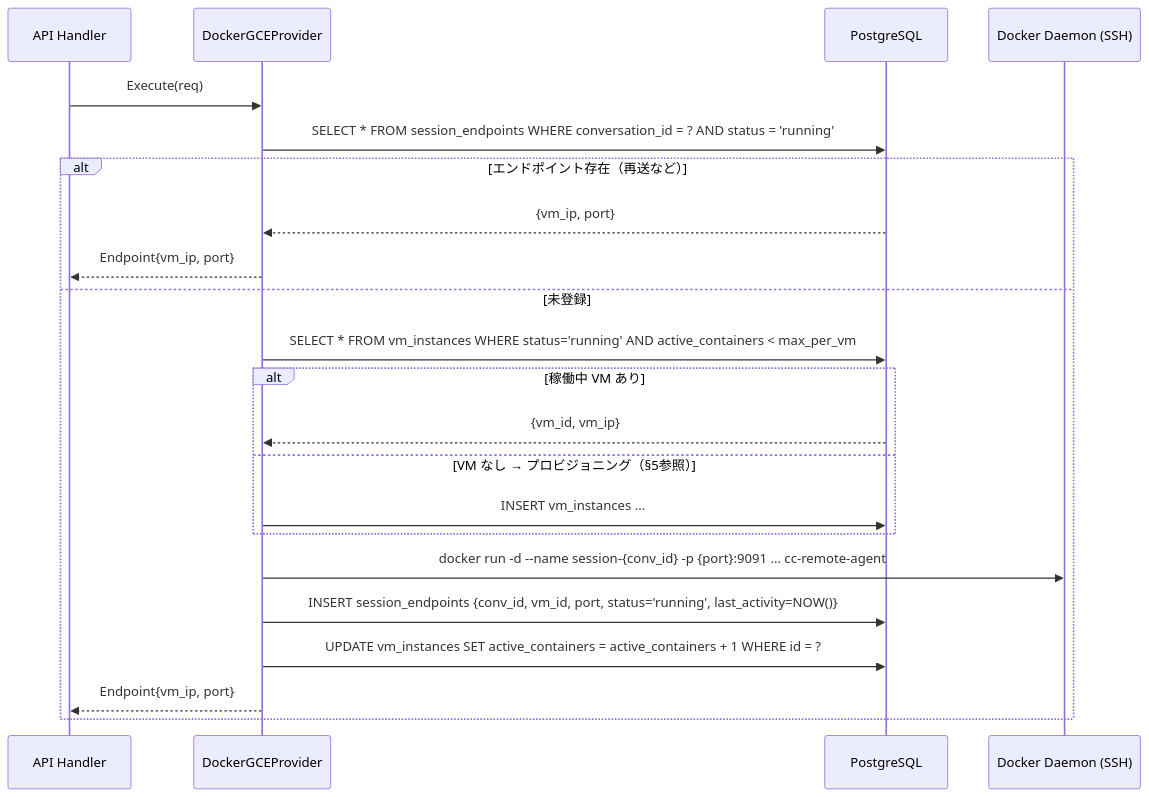
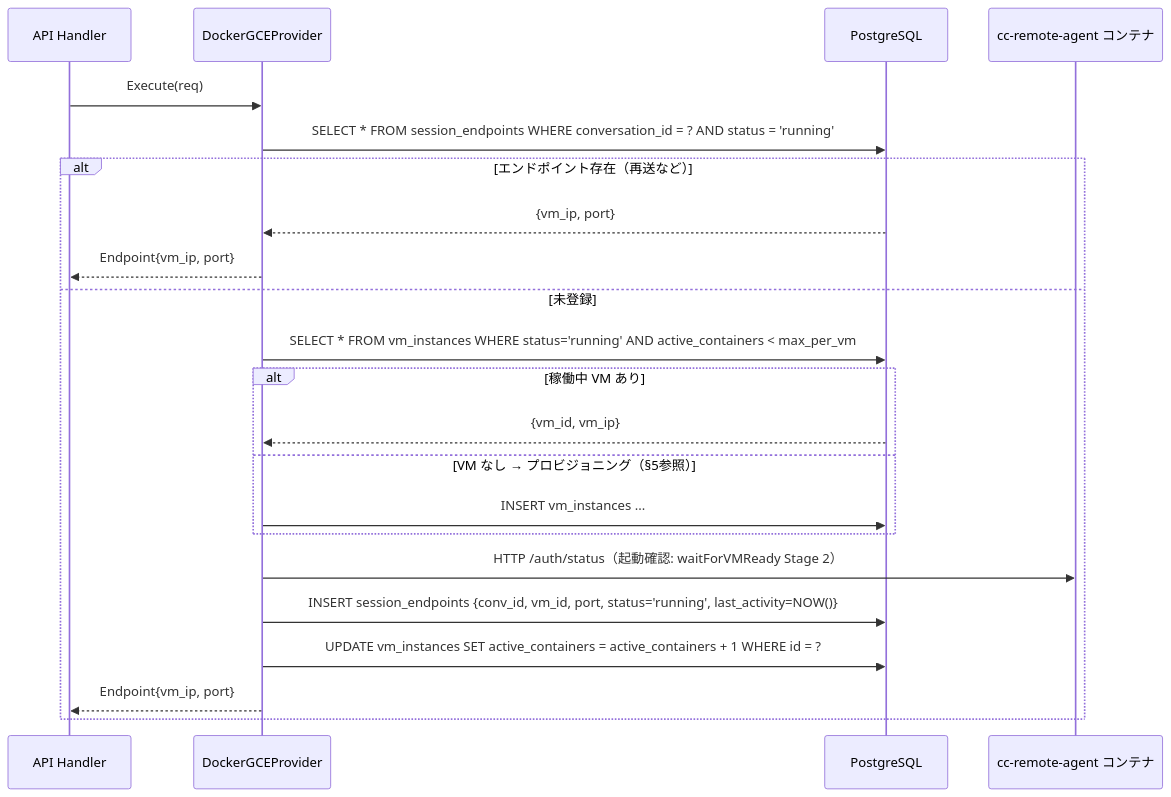
The diagram in docs/docker-gce-design.md (pollenjp/cc-tunnel), drawn with Mermaid before and after one commit. The commit also changed other lines of this file and 23 other files, not shown here.

````diff
--- a/docs/docker-gce-design.md
+++ b/docs/docker-gce-design.md
@@ -360,26 +359,26 @@
 ```mermaid
 sequenceDiagram
     participant Handler as API Handler
     participant Provider as DockerGCEProvider
     participant DB as PostgreSQL
-    participant Docker as Docker Daemon (SSH)
+    participant Docker as cc-remote-agent コンテナ
 
     Handler->>Provider: Execute(req)
     Provider->>DB: SELECT * FROM session_endpoints WHERE conversation_id = ? AND status = 'running'
 
     alt エンドポイント存在（再送など）
         DB-->>Provider: {vm_ip, port}
         Provider-->>Handler: Endpoint{vm_ip, port}
     else 未登録
         Provider->>DB: SELECT * FROM vm_instances WHERE status='running' AND active_containers < max_per_vm
         alt 稼働中 VM あり
             DB-->>Provider: {vm_id, vm_ip}
         else VM なし → プロビジョニング（§5参照）
             Provider->>DB: INSERT vm_instances ...
         end
-        Provider->>Docker: docker run -d --name session-{conv_id} -p {port}:9091 ... cc-remote-agent
+        Provider->>Docker: HTTP /auth/status（起動確認: waitForVMReady Stage 2）
         Provider->>DB: INSERT session_endpoints {conv_id, vm_id, port, status='running', last_activity=NOW()}
         Provider->>DB: UPDATE vm_instances SET active_containers = active_containers + 1 WHERE id = ?
         Provider-->>Handler: Endpoint{vm_ip, port}
     end
 ```
````
